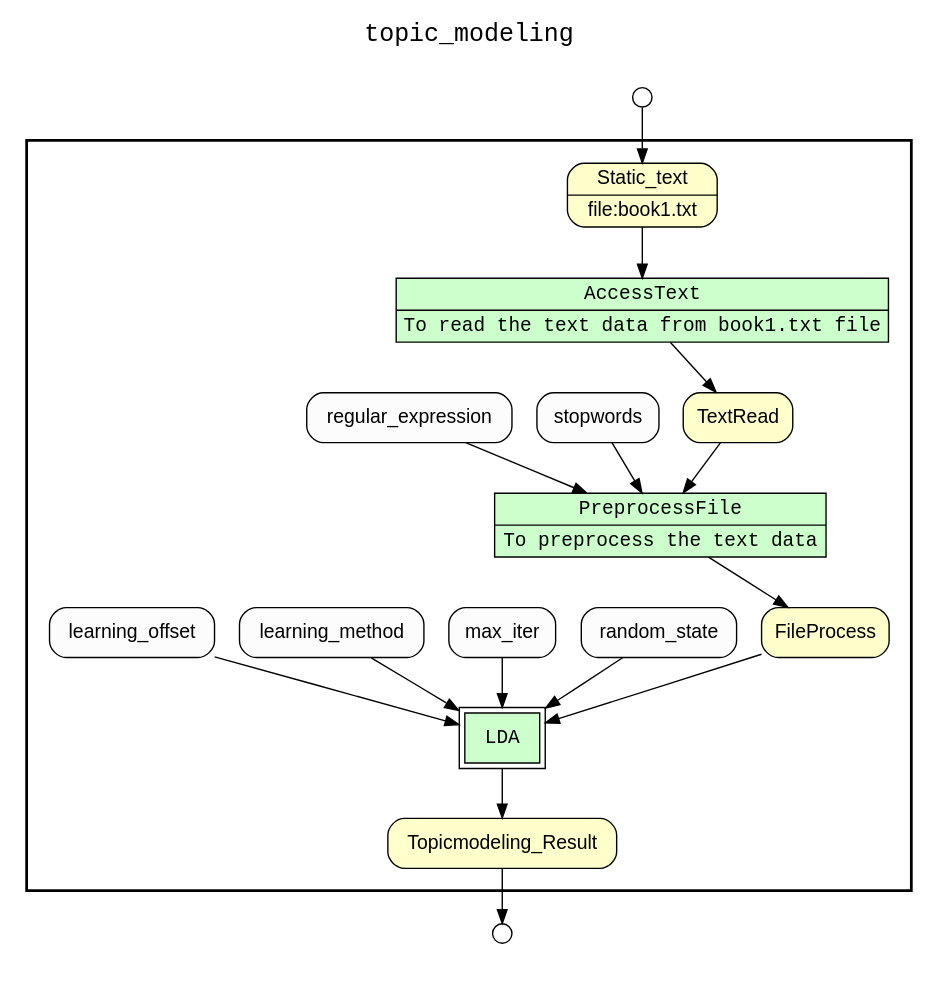
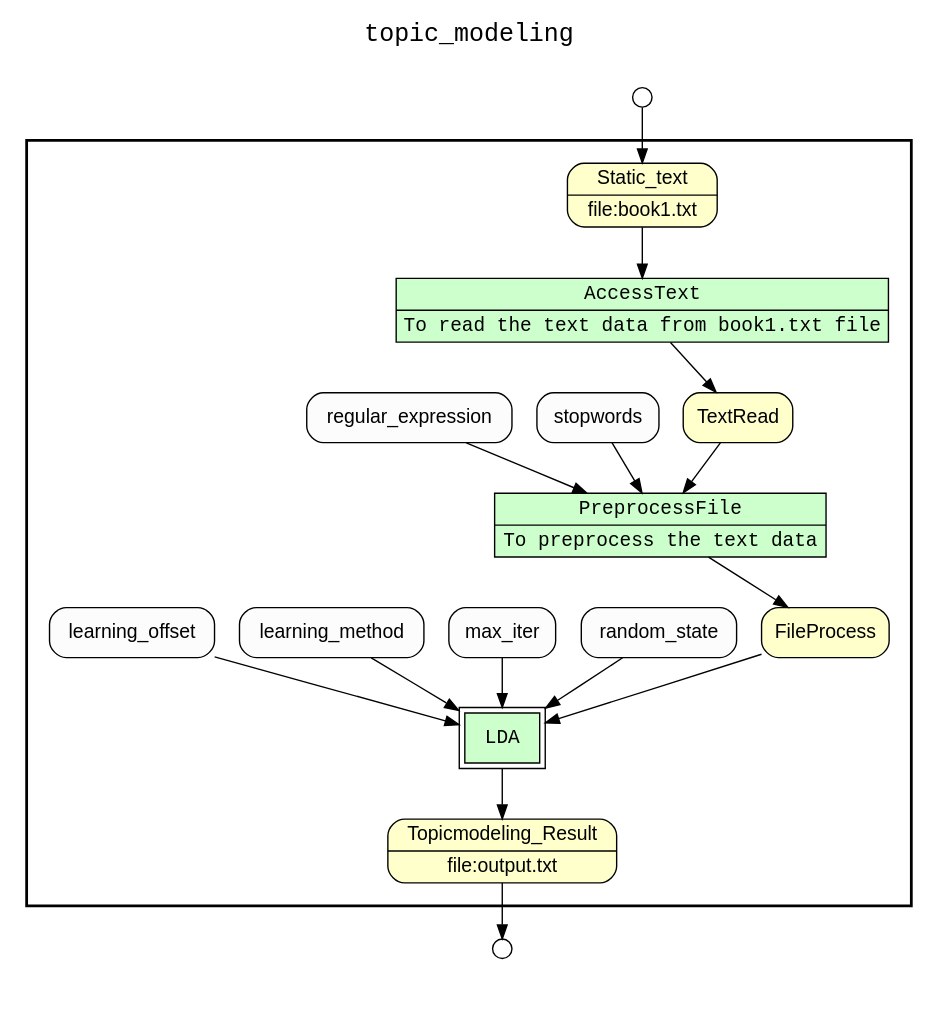
Before and after one commit to LanLi2017/yw-text-mining: the diagram in text_mining/topic_modeling/results/complete_wf_graph_uri.gv, drawn with Graphviz. The commit also changed 22 other files, not shown here.

```diff
--- a/text_mining/topic_modeling/results/complete_wf_graph_uri.gv
+++ b/text_mining/topic_modeling/results/complete_wf_graph_uri.gv
@@ -1,43 +1,43 @@
 digraph Workflow {
 rankdir=TB
 fontname=Courier; fontsize=18; labelloc=t
 label=topic_modeling
 subgraph cluster_workflow_box_outer { label=""; color=black; penwidth=2
 subgraph cluster_workflow_box_inner { label=""; color=white
 node[shape=box style=filled fillcolor="#CCFFCC" peripheries=1 fontname=Courier]
 AccessText [shape=record rankdir=LR label="{<f0> AccessText |<f1> To read the text data from book1.txt file}"];
 PreprocessFile [shape=record rankdir=LR label="{<f0> PreprocessFile |<f1> To preprocess the text data}"];
 node[shape=box style=filled fillcolor="#CCFFCC" peripheries=2 fontname=Courier]
 LDA
 node[shape=box style="rounded,filled" fillcolor="#FFFFCC" peripheries=1 fontname=Helvetica]
-Topicmodeling_Result
+Topicmodeling_Result [shape=record rankdir=LR label="{<f0> Topicmodeling_Result |<f1> file\:output.txt}"];
 Static_text [shape=record rankdir=LR label="{<f0> Static_text |<f1> file\:book1.txt}"];
 TextRead
 FileProcess
 node[shape=box style="rounded,filled" fillcolor="#FCFCFC" peripheries=1 fontname=Helvetica]
 AccessText -> TextRead
 Static_text -> AccessText
 PreprocessFile -> FileProcess
 stopwords -> PreprocessFile
 regular_expression -> PreprocessFile
 TextRead -> PreprocessFile
 LDA -> Topicmodeling_Result
 FileProcess -> LDA
 random_state -> LDA
 max_iter -> LDA
 learning_method -> LDA
 learning_offset -> LDA
 }}
 subgraph cluster_input_ports_group_outer { label=""; color=white
 subgraph cluster_input_ports_group_inner { label=""; color=white
 node[shape=circle style="rounded,filled" fillcolor="#FFFFFF" peripheries=1 fontname=Helvetica width=0.2]
 Static_text_input_port [label=""]
 }}
 subgraph cluster_output_ports_group_outer { label=""; color=white
 subgraph cluster_output_ports_group_inner { label=""; color=white
 node[shape=circle style="rounded,filled" fillcolor="#FFFFFF" peripheries=1 fontname=Helvetica width=0.2]
 Topicmodeling_Result_output_port [label=""]
 }}
 Static_text_input_port -> Static_text
 Topicmodeling_Result -> Topicmodeling_Result_output_port
 }
```
